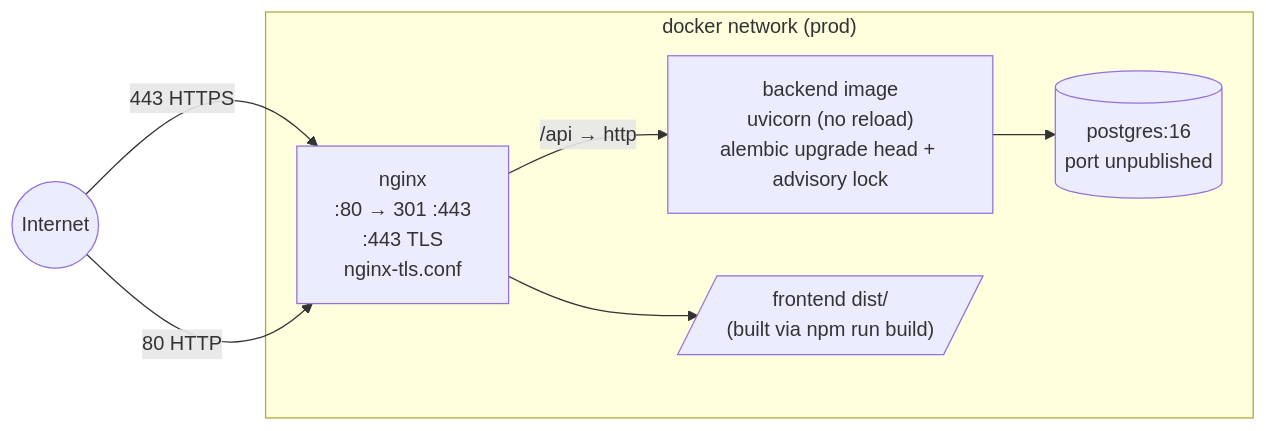
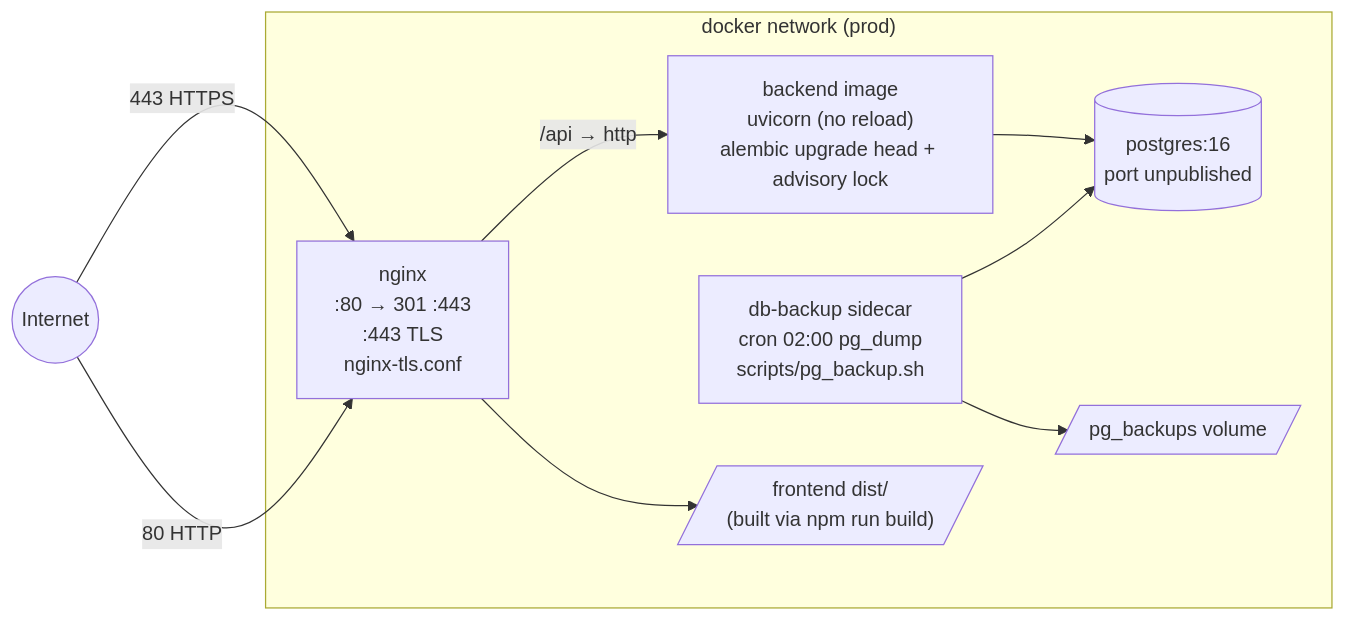
The tenth of 10 diagrams in ARCHITECTURE.md (2026-NTNU-Computer-Programming-II-POLS/Math-Defense), drawn with Mermaid before and after one commit. The commit also changed other lines of this file and 10 other files, not shown here.

````diff
--- a/ARCHITECTURE.md
+++ b/ARCHITECTURE.md
@@ -989,15 +1008,19 @@
 ```mermaid
 flowchart LR
     Internet((Internet))
     subgraph DockerNetwork["docker network (prod)"]
         Nginx["nginx<br/>:80 → 301 :443<br/>:443 TLS<br/>nginx-tls.conf"]
         BE["backend image<br/>uvicorn (no reload)<br/>alembic upgrade head + advisory lock"]
         DB[(postgres:16<br/>port unpublished)]
+        Backup["db-backup sidecar<br/>cron 02:00 pg_dump<br/>scripts/pg_backup.sh"]
         StaticVol[/"frontend dist/<br/>(built via npm run build)"/]
+        BackupVol[/"pg_backups volume"/]
     end
     Internet -- 443 HTTPS --> Nginx
     Internet -- 80 HTTP --> Nginx
     Nginx -- /api → http --> BE
     Nginx --> StaticVol
     BE --> DB
+    Backup --> DB
+    Backup --> BackupVol
 ```
````
